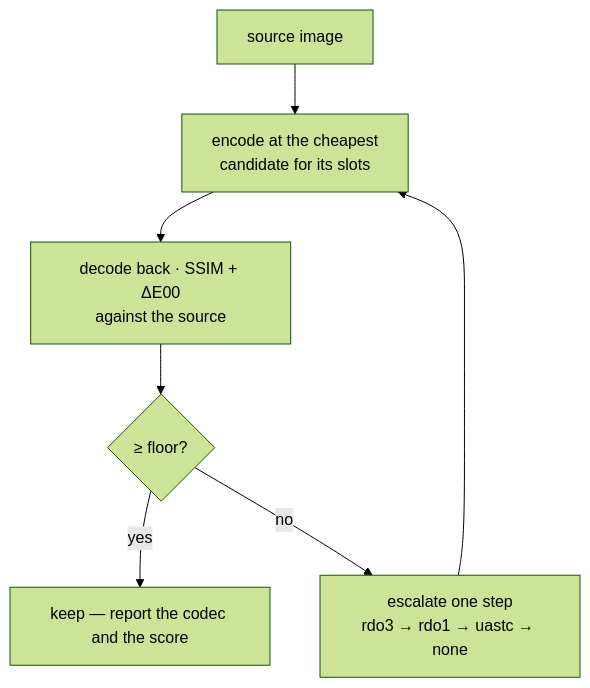
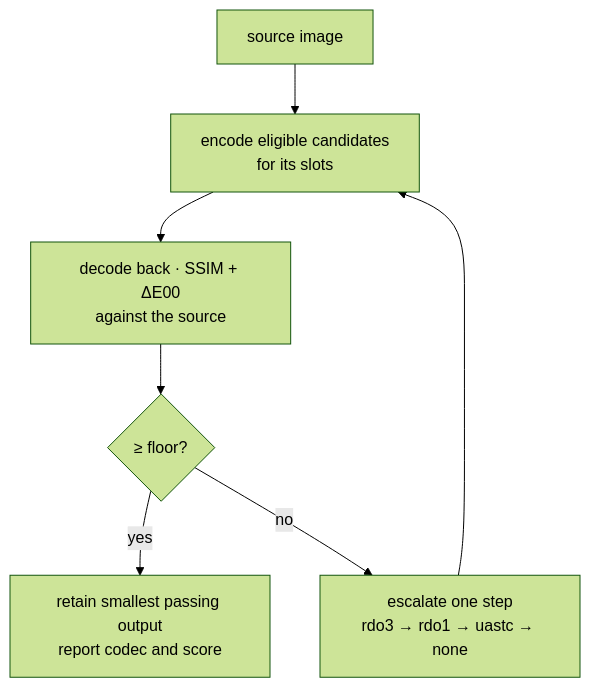
The diagram in docs/PRDs/assets/PRD-351-compression-never-looks-worse-than-a-floor.md (ThreeNativeHQ/threenative), drawn with Mermaid (forest theme) before and after one commit. The commit also changed other lines of this file and 4 other files, not shown here.

````diff
--- a/docs/PRDs/assets/PRD-351-compression-never-looks-worse-than-a-floor.md
+++ b/docs/PRDs/assets/PRD-351-compression-never-looks-worse-than-a-floor.md
@@ -49,9 +67,9 @@
 ```mermaid
 flowchart TB
-    S["source image"] --> C["encode at the cheapest<br/>candidate for its slots"]
+    S["source image"] --> C["encode eligible candidates<br/>for its slots"]
     C --> M["decode back · SSIM + ΔE00<br/>against the source"]
     M --> Q{"≥ floor?"}
-    Q -->|yes| K["keep — report the codec and the score"]
+    Q -->|yes| K["retain smallest passing output<br/>report codec and score"]
     Q -->|no| E["escalate one step<br/>rdo3 → rdo1 → uastc → none"]
     E --> C
 ```
````
